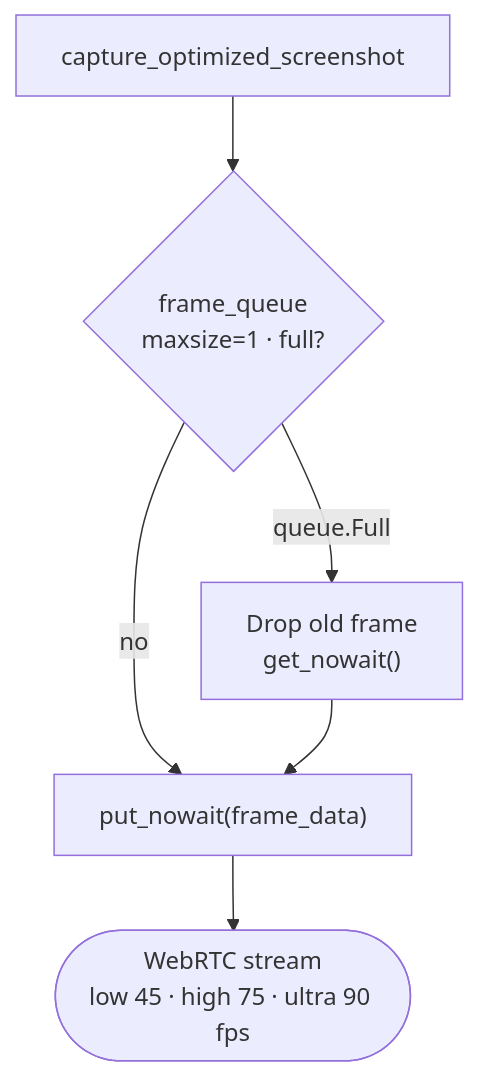
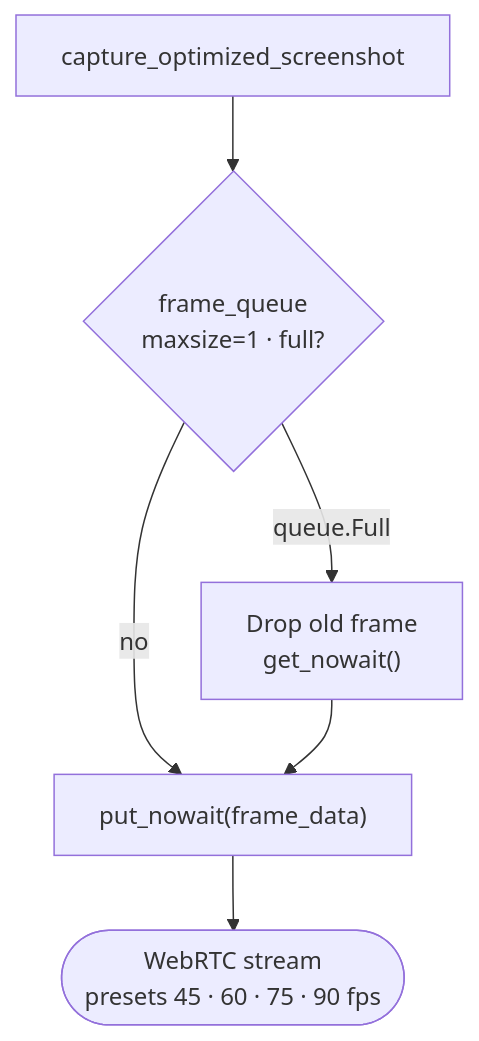
One commit to himanshkukreja/himanshu-kukreja-portfolio changed the first of 4 diagrams in content/stories/ios-bridge-cross-platform-streaming.md. Above: the diagram before and after it, drawn with Mermaid. The commit also changed other lines of this file and 3 other files, not shown here.

````diff
--- a/content/stories/ios-bridge-cross-platform-streaming.md
+++ b/content/stories/ios-bridge-cross-platform-streaming.md
@@ -193,9 +194,9 @@
 ```mermaid
 %% title: Always keep the newest frame
 flowchart TD
     CAP["capture_optimized_screenshot"]:::core --> Q{"frame_queue<br/>maxsize=1 · full?"}:::queue
     Q -->|"no"| PUT["put_nowait(frame_data)"]:::service
     Q -->|"queue.Full"| DROP["Drop old frame<br/>get_nowait()"]:::bad
     DROP --> PUT
-    PUT --> RTC(["WebRTC stream<br/>low 45 · high 75 · ultra 90 fps"]):::ok
+    PUT --> RTC(["WebRTC stream<br/>presets 45 · 60 · 75 · 90 fps"]):::ok
 ```
````
